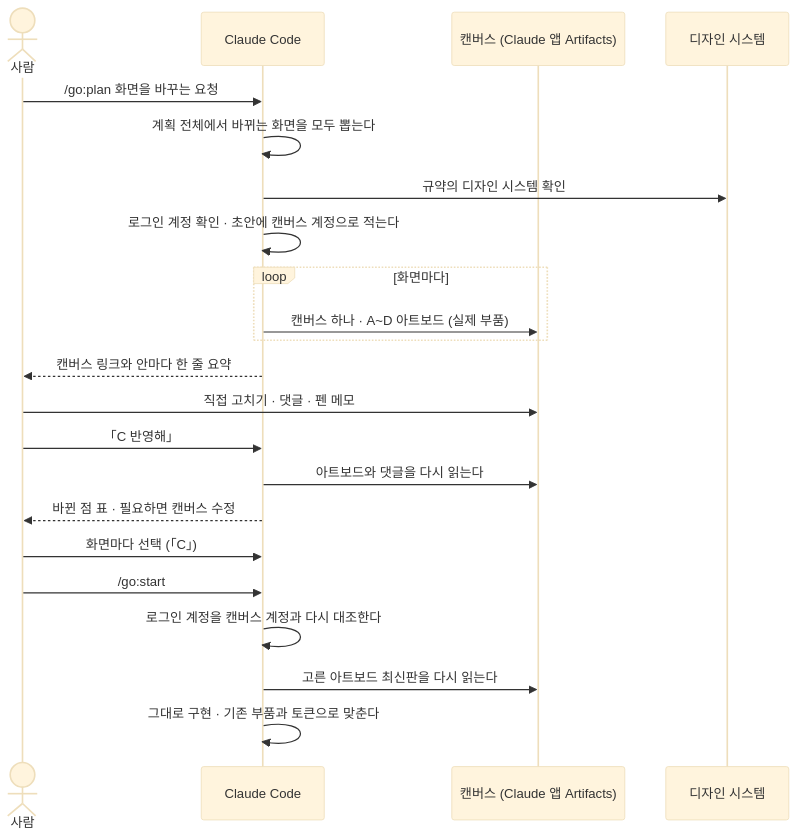
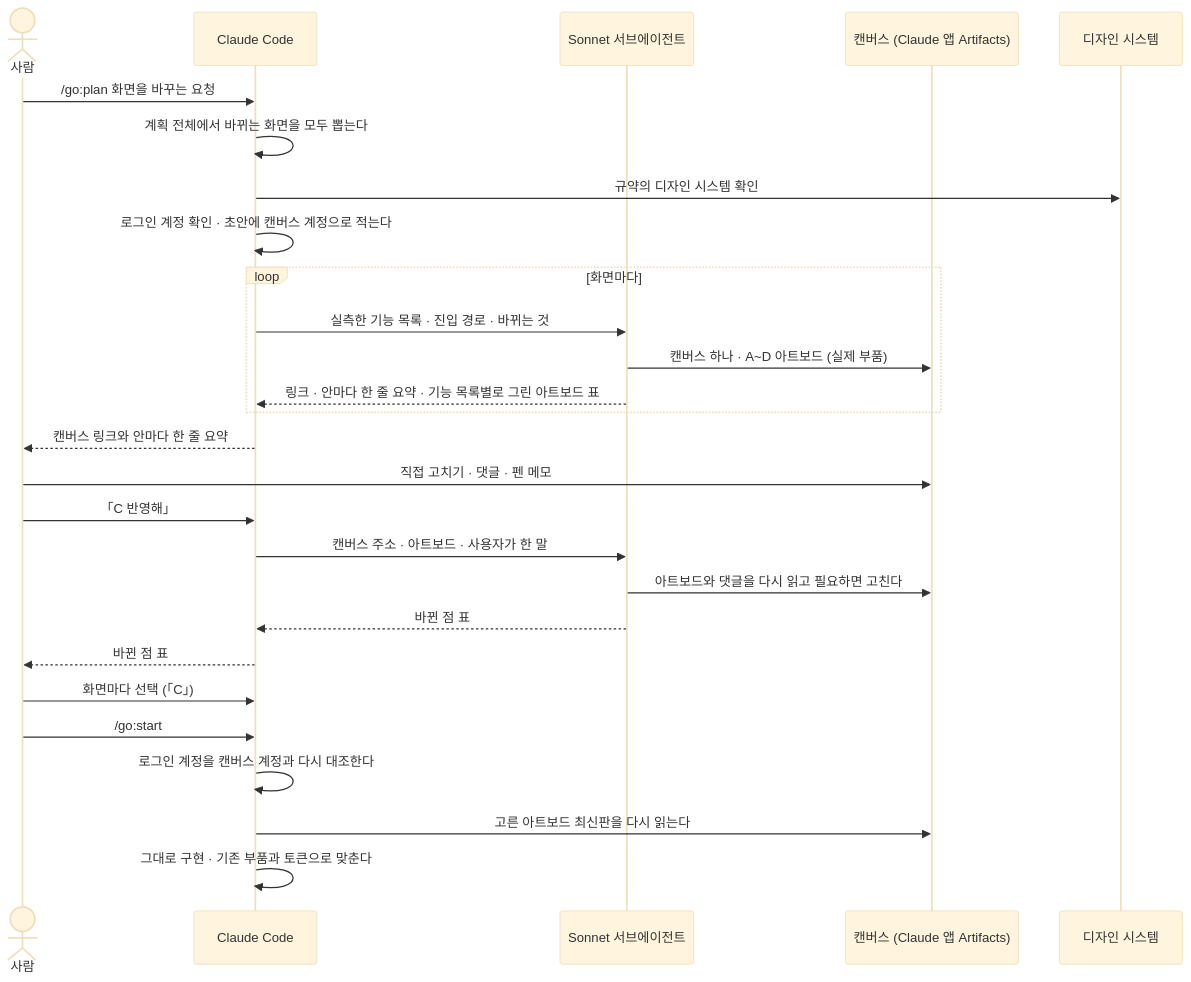
One commit to jwjinn/go-skill changed the second of 4 diagrams in README.md. Above: the diagram before and after it, drawn with Mermaid (base theme). The commit also changed other lines of this file and 3 other files, not shown here.

````diff
--- a/README.md
+++ b/README.md
@@ -144,25 +144,30 @@
 ```mermaid
 sequenceDiagram
     actor 사람
     participant CC as Claude Code
+    participant SA as Sonnet 서브에이전트
     participant CV as 캔버스 (Claude 앱 Artifacts)
     participant DS as 디자인 시스템
 
     사람->>CC: /go:plan 화면을 바꾸는 요청
     CC->>CC: 계획 전체에서 바뀌는 화면을 모두 뽑는다
     CC->>DS: 규약의 디자인 시스템 확인
     CC->>CC: 로그인 계정 확인 · 초안에 캔버스 계정으로 적는다
     loop 화면마다
-        CC->>CV: 캔버스 하나 · A~D 아트보드 (실제 부품)
+        CC->>SA: 실측한 기능 목록 · 진입 경로 · 바뀌는 것
+        SA->>CV: 캔버스 하나 · A~D 아트보드 (실제 부품)
+        SA-->>CC: 링크 · 안마다 한 줄 요약 · 기능 목록별로 그린 아트보드 표
     end
     CC-->>사람: 캔버스 링크와 안마다 한 줄 요약
     사람->>CV: 직접 고치기 · 댓글 · 펜 메모
     사람->>CC: 「C 반영해」
-    CC->>CV: 아트보드와 댓글을 다시 읽는다
-    CC-->>사람: 바뀐 점 표 · 필요하면 캔버스 수정
+    CC->>SA: 캔버스 주소 · 아트보드 · 사용자가 한 말
+    SA->>CV: 아트보드와 댓글을 다시 읽고 필요하면 고친다
+    SA-->>CC: 바뀐 점 표
+    CC-->>사람: 바뀐 점 표
     사람->>CC: 화면마다 선택 (「C」)
     사람->>CC: /go:start
     CC->>CC: 로그인 계정을 캔버스 계정과 다시 대조한다
     CC->>CV: 고른 아트보드 최신판을 다시 읽는다
     CC->>CC: 그대로 구현 · 기존 부품과 토큰으로 맞춘다
 ```
````
